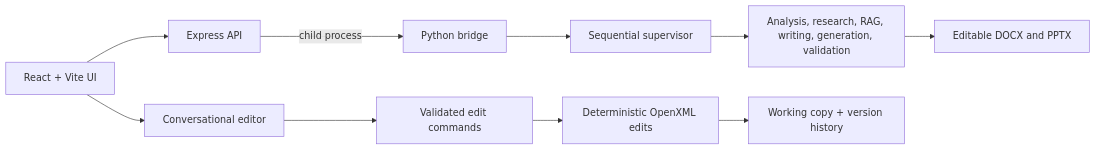
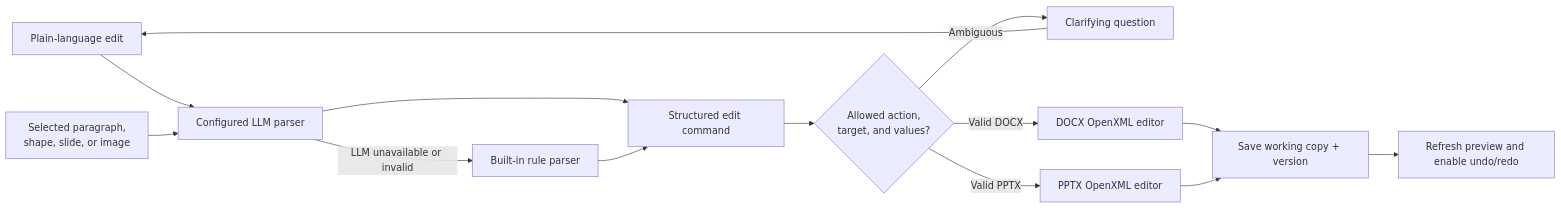
One commit to Darshan62/agentic-doc-studio changed the third of 3 diagrams in README.md. Above: the diagram before and after it, drawn with Mermaid. The commit also changed other lines of this file and 3 other files, not shown here.

Commit message:
docs: add architecture diagrams and MIT license

````diff
--- a/README.md
+++ b/README.md
@@ -22,12 +128,16 @@
 ```mermaid
 flowchart LR
-    UI[React + Vite UI] --> API[Express API]
-    API -->|child process| Bridge[Python bridge]
-    Bridge --> Supervisor[Sequential supervisor]
-    Supervisor --> Agents[Analysis, research, RAG, writing, generation, validation]
-    Agents --> Files[Editable DOCX and PPTX]
-    UI --> Editor[Conversational editor]
-    Editor --> Schema[Validated edit commands]
-    Schema --> OpenXML[Deterministic OpenXML edits]
-    OpenXML --> Versions[Working copy + version history]
+    Request[Plain-language edit] --> Parser[Configured LLM parser]
+    Selection[Selected paragraph,<br/>shape, slide, or image] --> Parser
+    Parser -->|LLM unavailable or invalid| Rules[Built-in rule parser]
+    Parser --> Command[Structured edit command]
+    Rules --> Command
+    Command --> Schema{Allowed action,<br/>target, and values?}
+    Schema -->|Ambiguous| Clarify[Clarifying question]
+    Clarify --> Request
+    Schema -->|Valid DOCX| Docx[DOCX OpenXML editor]
+    Schema -->|Valid PPTX| Pptx[PPTX OpenXML editor]
+    Docx --> Snapshot[Save working copy + version]
+    Pptx --> Snapshot
+    Snapshot --> Preview[Refresh preview and enable undo/redo]
 ```
````
